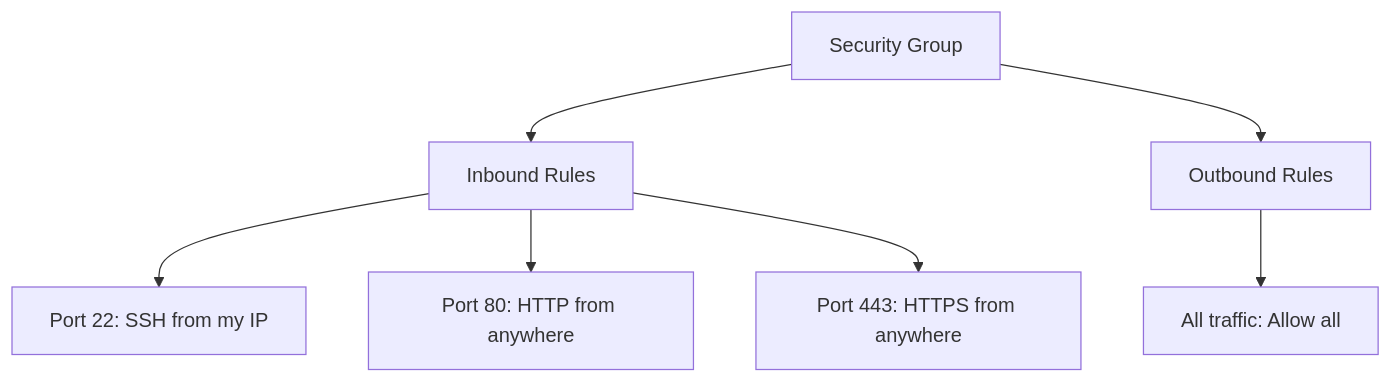
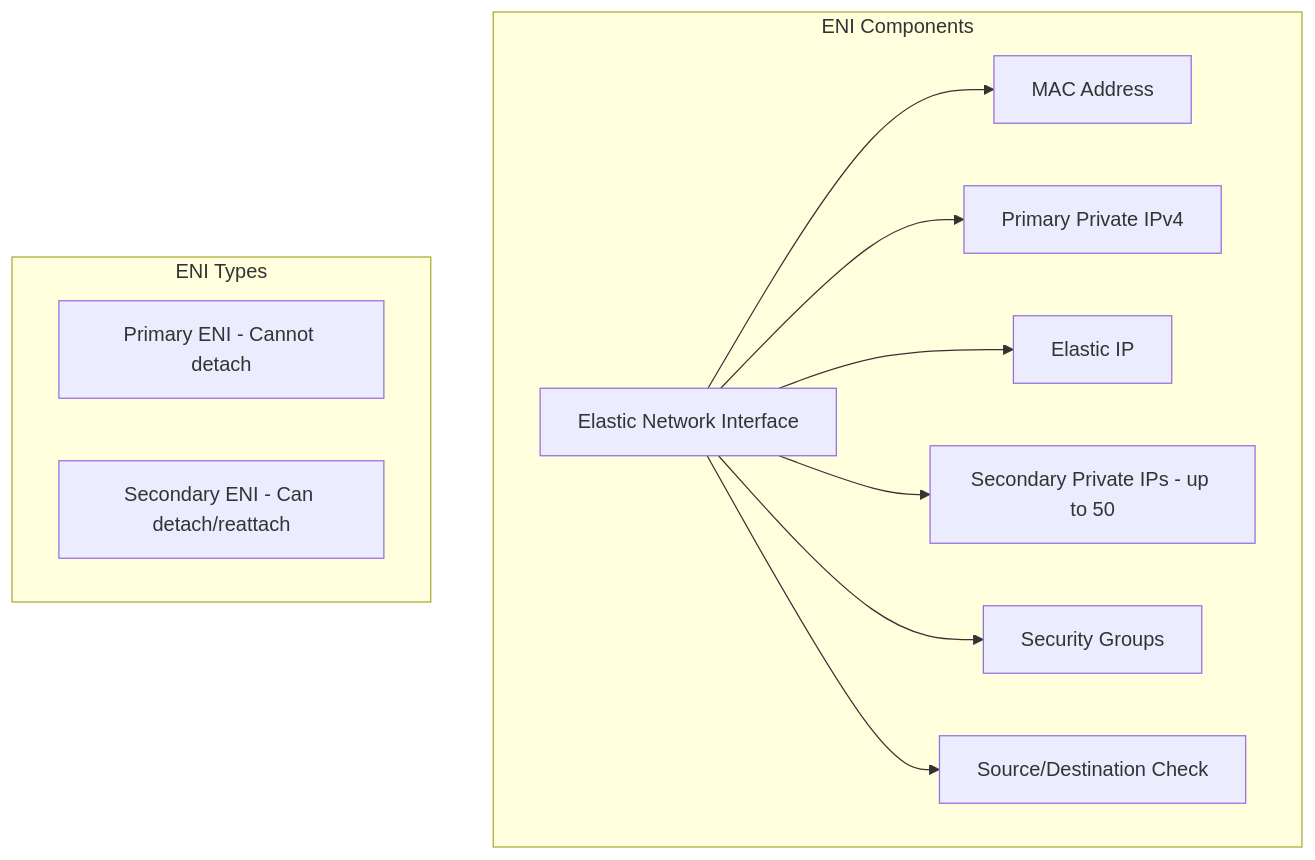
Before and after one commit to vanos001/placement_prep: the sixth of 8 diagrams in src/cloud/aws/ec2.md, drawn with Mermaid. The commit also changed other lines of this file and 22 other files, not shown here.

````diff
--- a/src/cloud/aws/ec2.md
+++ b/src/cloud/aws/ec2.md
@@ -79,11 +156,17 @@
 ```mermaid
-graph TD
-    SG[Security Group] --> INBOUND[Inbound Rules]
-    SG --> OUTBOUND[Outbound Rules]
+graph TB
+    subgraph "ENI Components"
+        ENI[Elastic Network Interface]
+        ENI --> MAC[MAC Address]
+        ENI --> IP[Primary Private IPv4]
+        ENI --> EIP[Elastic IP]
+        ENI --> SIPS[Secondary Private IPs - up to 50]
+        ENI --> SG[Security Groups]
+        ENI --> SRC_DST[Source/Destination Check]
+    end
 
-    INBOUND --> I1[Port 22: SSH from my IP]
-    INBOUND --> I2[Port 80: HTTP from anywhere]
-    INBOUND --> I3[Port 443: HTTPS from anywhere]
-
-    OUTBOUND --> O1[All traffic: Allow all]
+    subgraph "ENI Types"
+        PNI[Primary ENI - Cannot detach]
+        SNI[Secondary ENI - Can detach/reattach]
+    end
 ```
````
